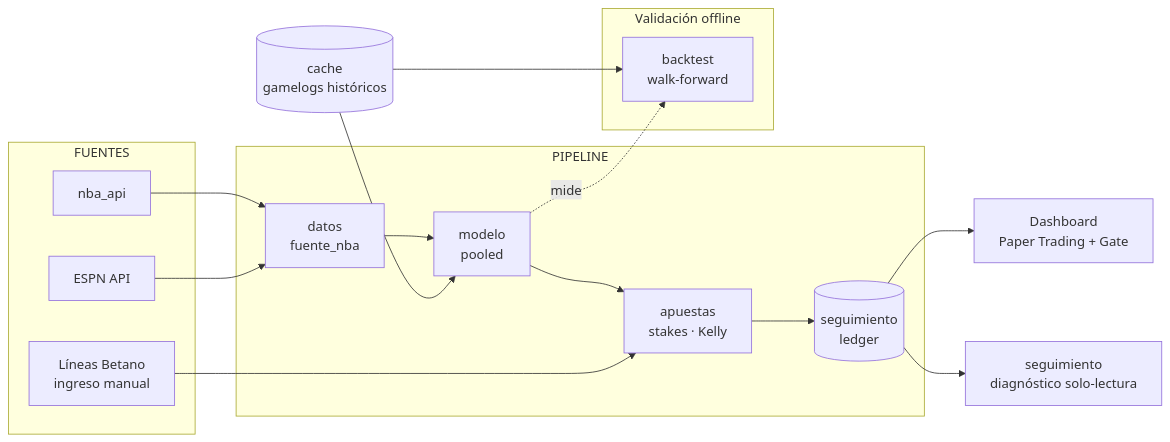
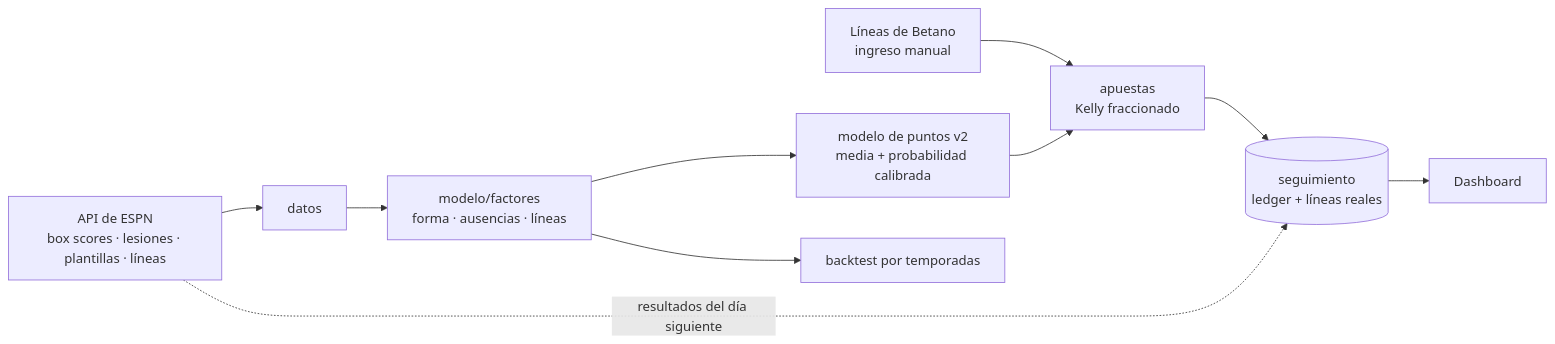
One commit to SantiagoRicaurte06/N.B.A_Predictor changed the diagram in README.md. Above: the diagram before and after it, drawn with Mermaid. The commit also changed other lines of this file and 33 other files, not shown here.

First line of the commit message:
feat: migra a datos de ESPN y recalibra el modelo de puntos (#4)

````diff
--- a/README.md
+++ b/README.md
@@ -28,31 +17,12 @@
 ```mermaid
 flowchart LR
-    subgraph FUENTES
-        NBA[nba_api]
-        ESPN[ESPN API]
-        BET[Líneas Betano<br/>ingreso manual]
-    end
-
-    subgraph PIPELINE
-        M1[datos<br/>fuente_nba]
-        M9[modelo<br/>pooled]
-        M3[apuestas<br/>stakes · Kelly]
-        M8[(seguimiento<br/>ledger)]
-    end
-
-    NBA --> M1
-    ESPN --> M1
-    M1 --> M9
-    CACHE[(cache<br/>gamelogs históricos)] --> M9
-    M9 --> M3
-    BET --> M3
-    M3 --> M8
-    M8 --> DASH[Dashboard<br/>Paper Trading + Gate]
-    M8 --> M5[seguimiento<br/>diagnóstico solo-lectura]
-
-    subgraph OFFLINE["Validación offline"]
-        M7[backtest<br/>walk-forward]
-    end
-    CACHE --> M7
-    M9 -.mide.-> M7
+    ESPN[API de ESPN<br/>box scores · lesiones · plantillas · líneas] --> D[datos]
+    D --> F[modelo/factores<br/>forma · ausencias · líneas]
+    F --> M[modelo de puntos v2<br/>media + probabilidad calibrada]
+    BET[Líneas de Betano<br/>ingreso manual] --> A[apuestas<br/>Kelly fraccionado]
+    M --> A
+    A --> L[(seguimiento<br/>ledger + líneas reales)]
+    ESPN -.resultados del día siguiente.-> L
+    L --> UI[Dashboard]
+    F --> BT[backtest por temporadas]
 ```
````
